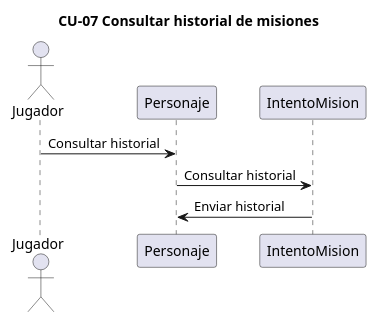
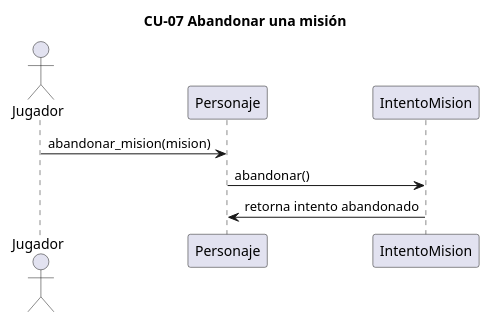
The diagram in salida/diagramas/04_secuencia_CU-07.puml (stephannynayleth01-coder/analisis-final-g4), drawn with PlantUML before and after one commit. The commit also changed 18 other files, not shown here.

```diff
--- a/salida/diagramas/04_secuencia_CU-07.puml
+++ b/salida/diagramas/04_secuencia_CU-07.puml
@@ -1,11 +1,11 @@
 @startuml
 ' Generado por spec2code. Es una PROPUESTA del pipeline: audítala contra la spec.
-title CU-07 Consultar historial de misiones
+title CU-07 Abandonar una misión
 actor "Jugador" as P1
 participant "Personaje" as P2
 participant "IntentoMision" as P3
 
-P1 -> P2 : Consultar historial
-P2 -> P3 : Consultar historial
-P3 -> P2 : Enviar historial
+P1 -> P2 : abandonar_mision(mision)
+P2 -> P3 : abandonar()
+P3 -> P2 : retorna intento abandonado
 @enduml
```
